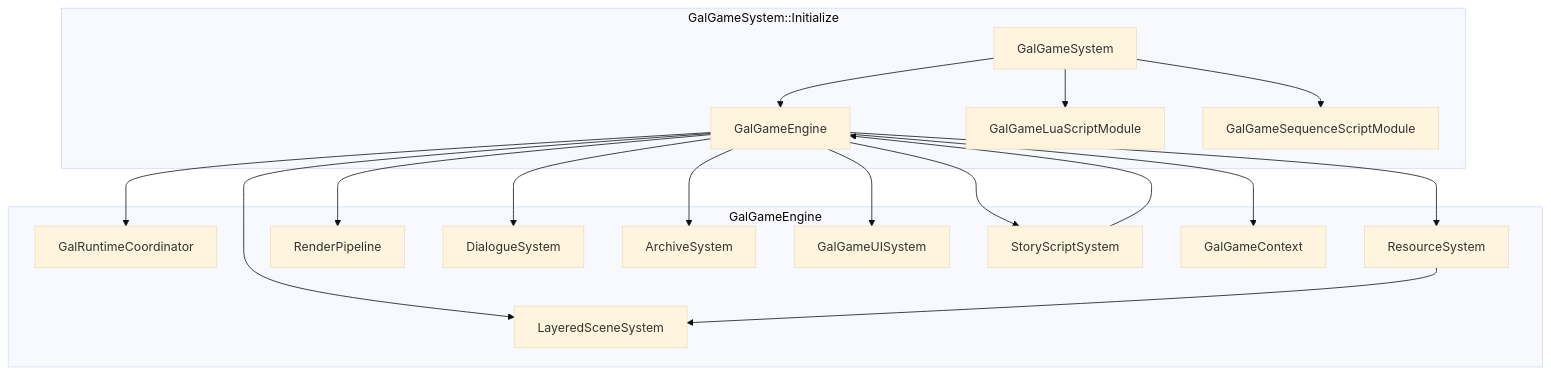
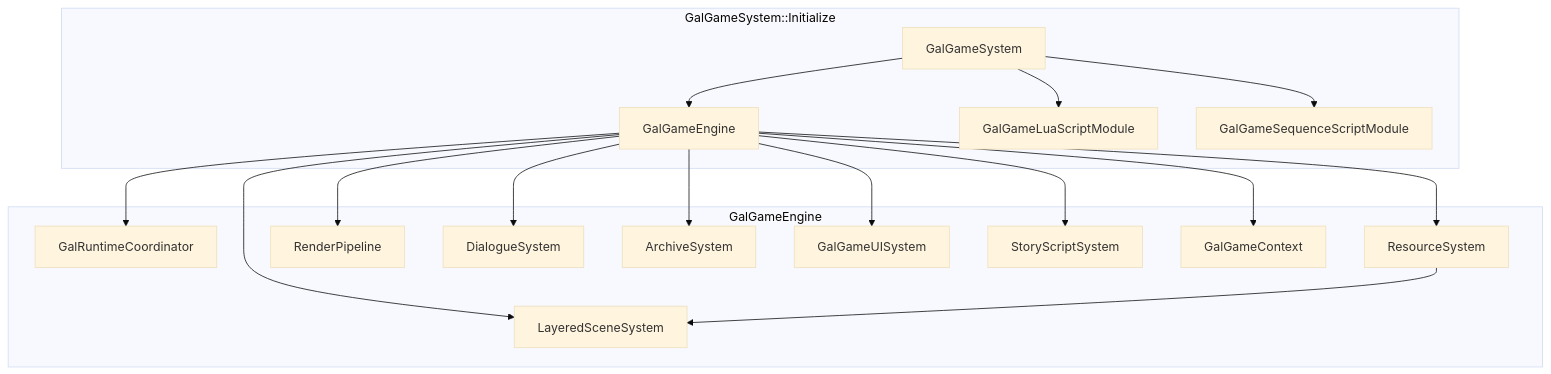
The diagram in Engine/Source/RuntimeGalgame/VGGalgame/Docs/MODULE_ARCHITECTURE_AND_PROGRESS.md (DarlingZeroX/Neverness), drawn with Mermaid (base theme) before and after one commit. The commit also changed other lines of this file and 64 other files, not shown here.

````diff
--- a/Engine/Source/RuntimeGalgame/VGGalgame/Docs/MODULE_ARCHITECTURE_AND_PROGRESS.md
+++ b/Engine/Source/RuntimeGalgame/VGGalgame/Docs/MODULE_ARCHITECTURE_AND_PROGRESS.md
@@ -49,36 +50,35 @@
 ```mermaid
 flowchart TB
   subgraph Bootstrap["GalGameSystem::Initialize"]
     GGS[GalGameSystem]
     GGE[GalGameEngine]
     LUA[GalGameLuaScriptModule]
     SEQ[GalGameSequenceScriptModule]
   end
 
   subgraph Engine["GalGameEngine"]
     COORD[GalRuntimeCoordinator]
     RS[ResourceSystem]
     LS[LayeredSceneSystem]
     RP[RenderPipeline]
     DLG[DialogueSystem]
     ARC[ArchiveSystem]
     UI[GalGameUISystem]
     STY[StoryScriptSystem]
     CTX[GalGameContext]
   end
 
   GGS --> GGE
   GGS --> LUA
   GGS --> SEQ
   GGE --> CTX
   GGE --> COORD
   GGE --> RS
   GGE --> LS
   GGE --> RP
   GGE --> DLG
   GGE --> ARC
   GGE --> UI
   GGE --> STY
   RS --> LS
-  STY --> GGE
 ```
````
